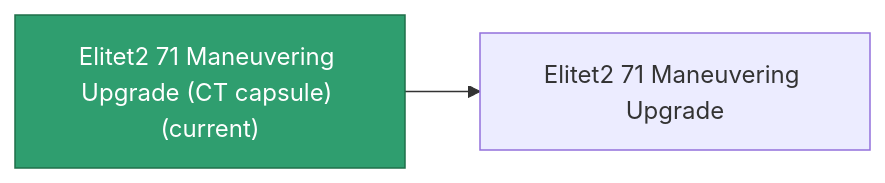
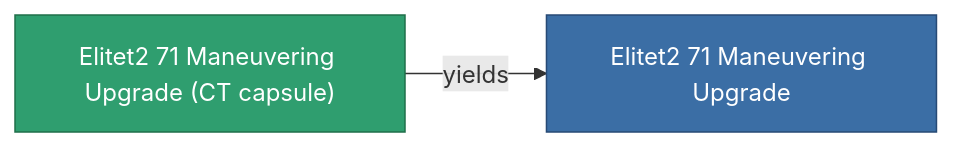
Before and after one commit to OpenPerpetuum/Wiki: the diagram in content/content/items/elitet2_71_maneuvering_upgrade_CT_capsule.md, drawn with Mermaid. The commit also changed other lines of this file and 2015 other files, not shown here.

````diff
--- a/content/content/items/elitet2_71_maneuvering_upgrade_CT_capsule.md
+++ b/content/content/items/elitet2_71_maneuvering_upgrade_CT_capsule.md
@@ -33,8 +33,9 @@
 ```mermaid
 graph LR
-    a["Elitet2 71 Maneuvering Upgrade (CT capsule) (current)"]:::current
-    b["Elitet2 71 Maneuvering Upgrade"]
-    a --> b
-    click b "/content/items/elitet2-71-maneuvering-upgrade/" "Elitet2 71 Maneuvering Upgrade"
+    a["Elitet2 71 Maneuvering Upgrade (CT capsule)"]:::current
+    b["Elitet2 71 Maneuvering Upgrade"]:::finished
+    a -->|yields| b
+                click b "/content/items/elitet2-71-maneuvering-upgrade/" "Elitet2 71 Maneuvering Upgrade"
     classDef current fill:#2f9e6f,stroke:#1f6f4a,color:#ffffff
+    classDef finished fill:#3b6ea5,stroke:#274a75,color:#ffffff
 ```
````
